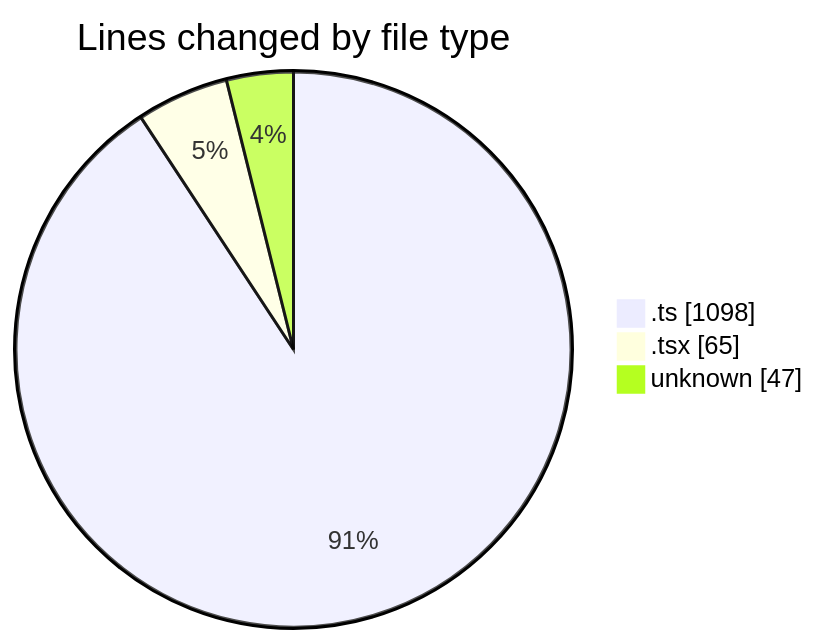
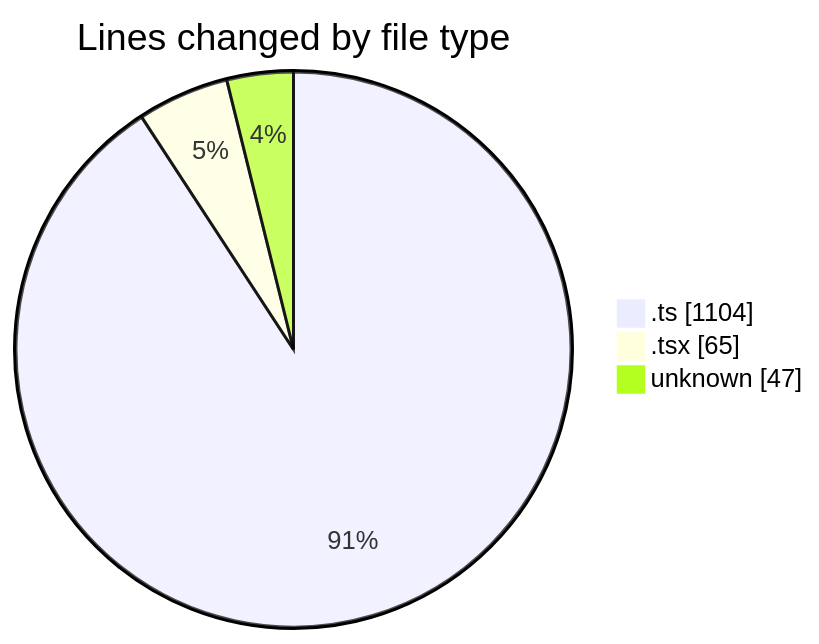
One commit to momahboobian/code-tracking changed the first of 2 diagrams in 2025-09-11/cda/README.md. Above: the diagram before and after it, drawn with Mermaid. The commit also changed other lines of this file and 1 other file, not shown here.

````diff
--- a/2025-09-11/cda/README.md
+++ b/2025-09-11/cda/README.md
@@ -26,7 +26,7 @@
 ```mermaid
 pie showData
 title Lines changed by file type
-".ts" : 1098
+".ts" : 1104
 ".tsx" : 65
 "unknown" : 47
 ```
````
